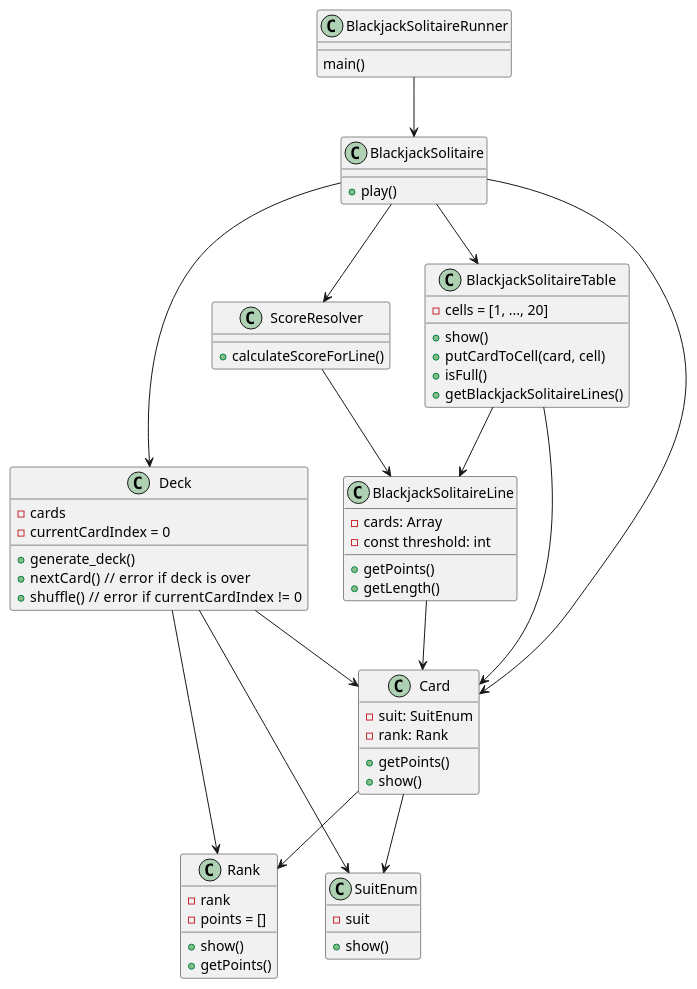
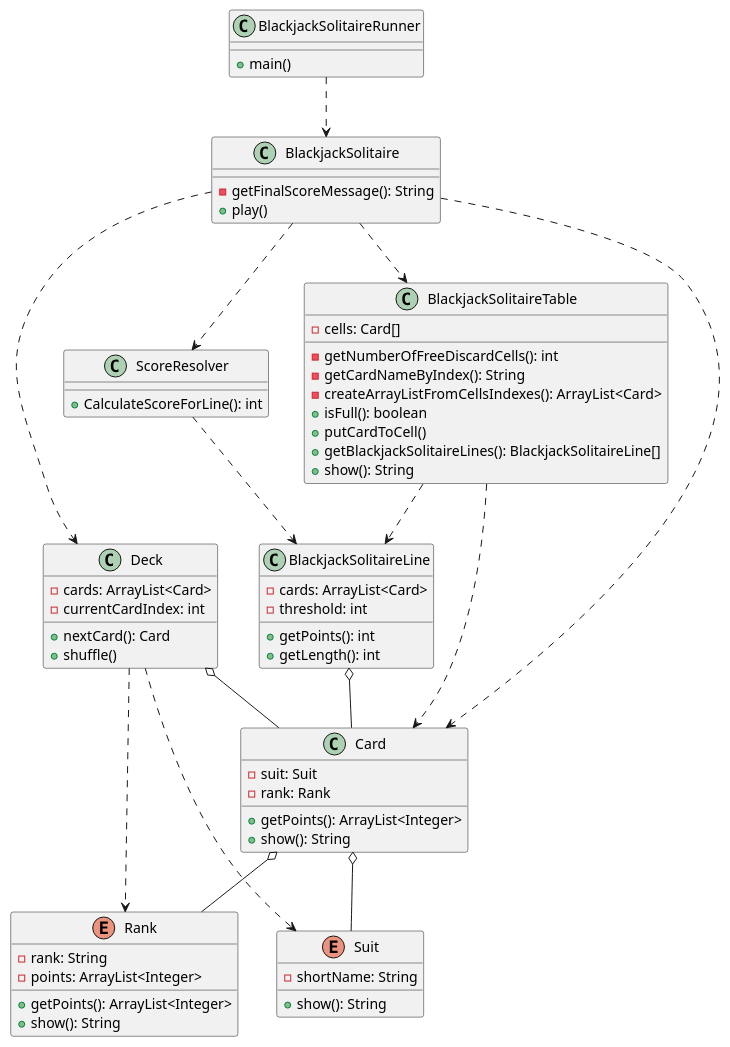
One commit to krisislis/BlackjackSolitaire changed the diagram in BJS.puml. Above: the diagram before and after it, drawn with PlantUML. The commit also changed 3 other files, not shown here.

```diff
--- a/BJS.puml
+++ b/BJS.puml
@@ -1,75 +1,80 @@
 @startuml
 
-class SuitEnum {
-    - suit
-    + show()
+enum Suit {
+    - shortName: String
+    + show(): String
 }
 
-class Rank{
-    - rank
-    - points = []
-    + show()
-    + getPoints()
+enum Rank{
+    - rank: String
+    - points: ArrayList<Integer>
+    + getPoints(): ArrayList<Integer>
+    + show(): String
 }
 
 class Card {
-    - suit: SuitEnum
+    - suit: Suit
     - rank: Rank
-    + getPoints()
-    + show()
+    + getPoints(): ArrayList<Integer>
+    + show(): String
 }
 
-Card --> SuitEnum
-Card --> Rank
+Card o-- Suit
+Card o-- Rank
 
 class Deck {
-    - cards
-    - currentCardIndex = 0
-    + generate_deck()
-    + nextCard()   // error if deck is over
-    + shuffle()   // error if currentCardIndex != 0
+    - cards: ArrayList<Card>
+    - currentCardIndex: int
+    + nextCard(): Card
+    + shuffle()
 }
 
 class BlackjackSolitaireLine {
-    - cards: Array
-    - const threshold: int
-    + getPoints()
-    + getLength()
+    - cards: ArrayList<Card>
+    - threshold: int
+    + getPoints(): int
+    + getLength(): int
 }
 
 class BlackjackSolitaireTable {
-    - cells = [1, ..., 20]
-    + show()
-    + putCardToCell(card, cell)
-    + isFull()
-    + getBlackjackSolitaireLines()
+    - cells: Card[]
+    - getNumberOfFreeDiscardCells(): int
+    - getCardNameByIndex(): String
+    - createArrayListFromCellsIndexes(): ArrayList<Card>
+    + isFull(): boolean
+    + putCardToCell()
+    + getBlackjackSolitaireLines(): BlackjackSolitaireLine[]
+    + show(): String
 }
 
 class ScoreResolver {
-    + calculateScoreForLine()
+    + CalculateScoreForLine(): int
 }
 
 class BlackjackSolitaire {
+    - getFinalScoreMessage(): String
     + play()
 }
 
 class BlackjackSolitaireRunner{
-    main()
+    + main()
 }
 
-BlackjackSolitaireRunner --> BlackjackSolitaire
-BlackjackSolitaireTable --> BlackjackSolitaireLine
-BlackjackSolitaireTable --> Card
+BlackjackSolitaireRunner ..> BlackjackSolitaire
 
-BlackjackSolitaire --> ScoreResolver
-BlackjackSolitaire --> BlackjackSolitaireTable
-BlackjackSolitaire --> Deck
-BlackjackSolitaire --> Card
-ScoreResolver --> BlackjackSolitaireLine
+BlackjackSolitaireTable ..> BlackjackSolitaireLine
+BlackjackSolitaireTable ..> Card
 
-BlackjackSolitaireLine --> Card
+BlackjackSolitaire ..> ScoreResolver
+BlackjackSolitaire ..> BlackjackSolitaireTable
+BlackjackSolitaire ..> Deck
+BlackjackSolitaire ..> Card
 
-Deck --> Card
-Deck --> SuitEnum
-Deck --> Rank
+ScoreResolver ..> BlackjackSolitaireLine
+
+BlackjackSolitaireLine o-- Card
+
+Deck o-- Card
+Deck ..> Suit
+Deck ..> Rank
 @enduml
```
